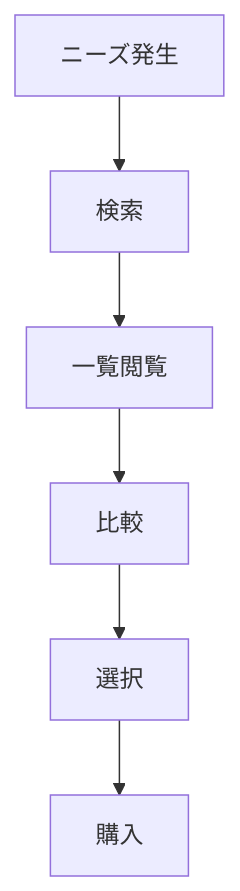
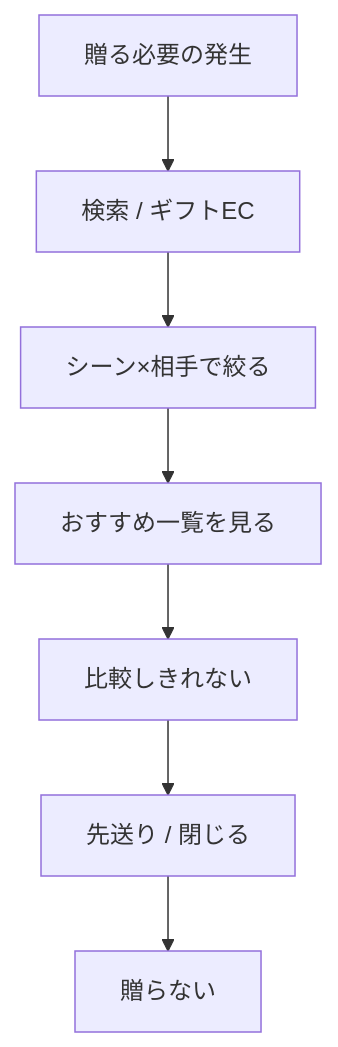
The first of 2 diagrams in docs/01_事業構想/課題定義書.md (ryo-chan-k6/GiftRecommendAPP_MVP_CYCLE_3), drawn with Mermaid before and after one commit. The commit also changed other lines of this file and 8 other files, not shown here.

````diff
--- a/docs/01_事業構想/課題定義書.md
+++ b/docs/01_事業構想/課題定義書.md
@@ -53,8 +70,9 @@
 ```mermaid
 flowchart TD
-    A[ニーズ発生] --> B[検索]
-    B --> C[一覧閲覧]
-    C --> D[比較]
-    D --> E[選択]
-    E --> F[購入]
+    A[贈る必要の発生] --> B[検索 / ギフトEC]
+    B --> C[シーン×相手で絞る]
+    C --> D[おすすめ一覧を見る]
+    D --> E[比較しきれない]
+    E --> F[先送り / 閉じる]
+    F --> G[贈らない]
 ```
````
